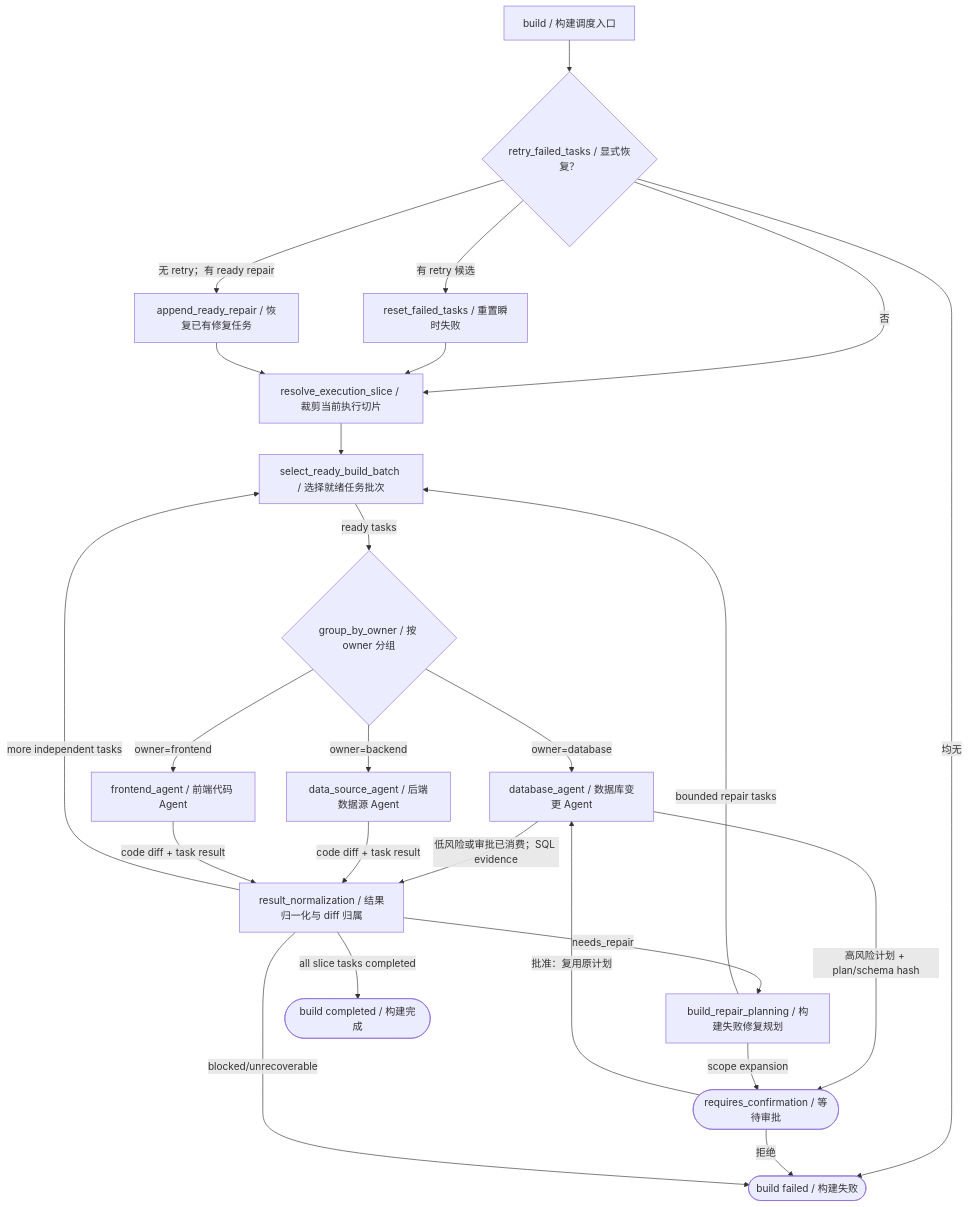
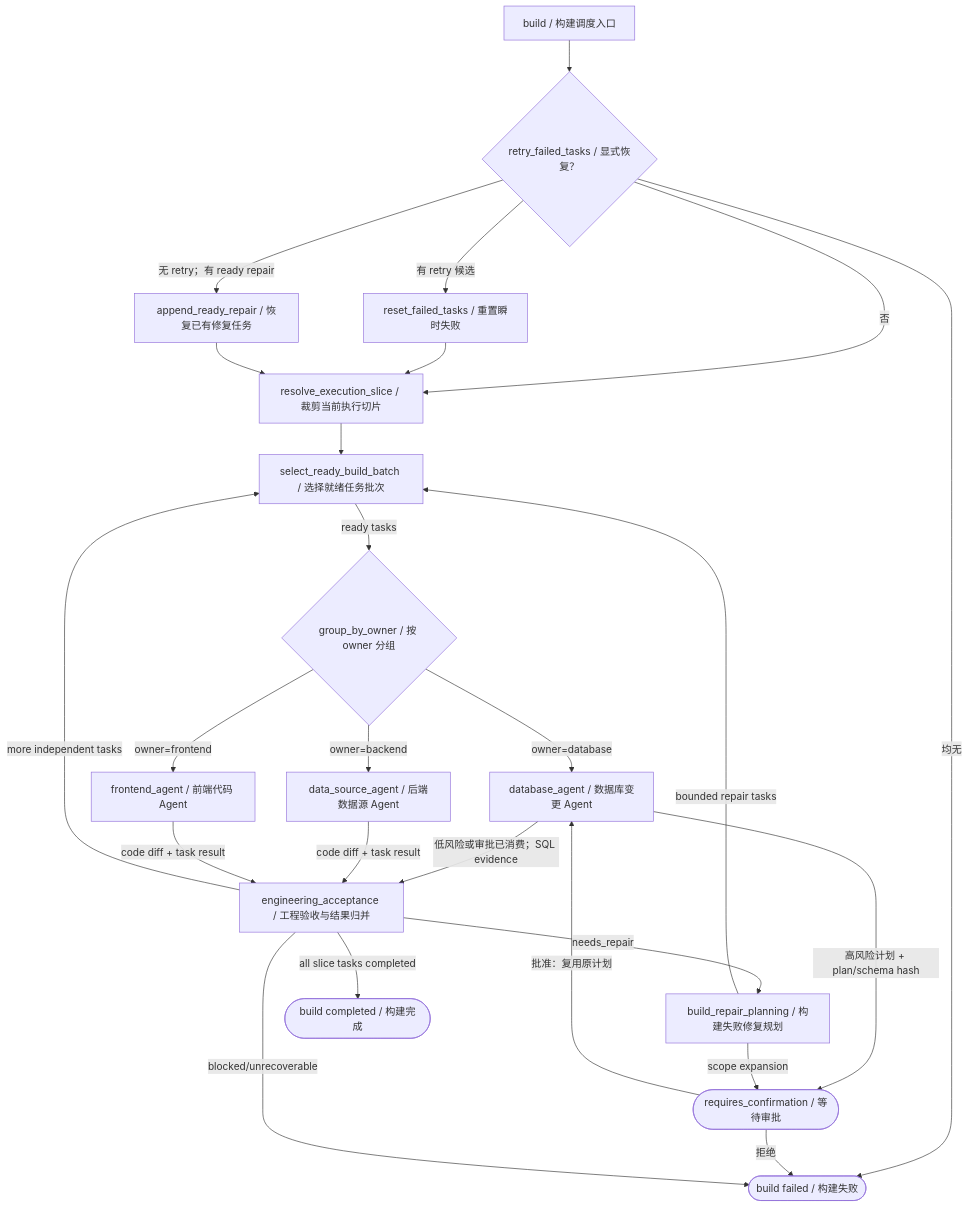
One commit to YYYWYF/XCodeAgent changed the sixth of 11 diagrams in docs/XCODEAGENT_COMPLETE_WORKFLOW.md. Above: the diagram before and after it, drawn with Mermaid. The commit also changed other lines of this file and 10 other files, not shown here.

````diff
--- a/docs/XCODEAGENT_COMPLETE_WORKFLOW.md
+++ b/docs/XCODEAGENT_COMPLETE_WORKFLOW.md
@@ -391,41 +391,41 @@
 ```mermaid
 flowchart TD
     B0["build / 构建调度入口"]
     R0{"retry_failed_tasks / 显式恢复？"}
     R1["reset_failed_tasks / 重置瞬时失败"]
     R2["append_ready_repair / 恢复已有修复任务"]
     B1["resolve_execution_slice / 裁剪当前执行切片"]
     B2["select_ready_build_batch / 选择就绪任务批次"]
     B3{"group_by_owner / 按 owner 分组"}
     DB["database_agent / 数据库变更 Agent"]
     BE["data_source_agent / 后端数据源 Agent"]
     FE["frontend_agent / 前端代码 Agent"]
-    V["result_normalization / 结果归一化与 diff 归属"]
+    V["engineering_acceptance / 工程验收与结果归并"]
     RP["build_repair_planning / 构建失败修复规划"]
     PAUSE(["requires_confirmation / 等待审批"])
     DONE(["build completed / 构建完成"])
     FAIL(["build failed / 构建失败"])
 
     B0 --> R0
     R0 -->|"否"| B1
     R0 -->|"有 retry 候选"| R1 --> B1
     R0 -->|"无 retry；有 ready repair"| R2 --> B1
     R0 -->|"均无"| FAIL
     B1 --> B2
     B2 -->|"ready tasks"| B3
     B3 -->|"owner=database"| DB
     B3 -->|"owner=backend"| BE
     B3 -->|"owner=frontend"| FE
     DB -->|"低风险或审批已消费；SQL evidence"| V
     DB -->|"高风险计划 + plan/schema hash"| PAUSE
     PAUSE -->|"批准：复用原计划"| DB
     PAUSE -->|"拒绝"| FAIL
     BE -->|"code diff + task result"| V
     FE -->|"code diff + task result"| V
     V -->|"more independent tasks"| B2
     V -->|"needs_repair"| RP
     RP -->|"bounded repair tasks"| B2
     RP -->|"scope expansion"| PAUSE
     V -->|"all slice tasks completed"| DONE
     V -->|"blocked/unrecoverable"| FAIL
 ```
````
